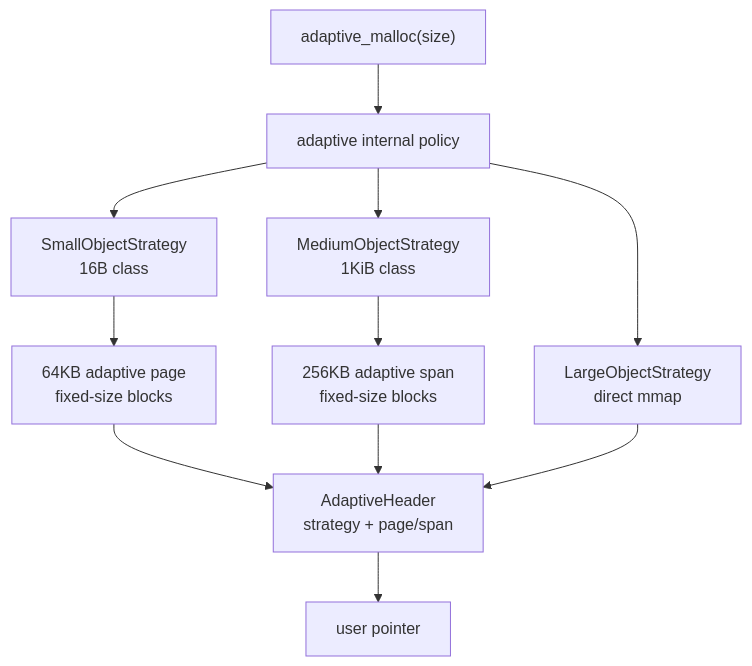
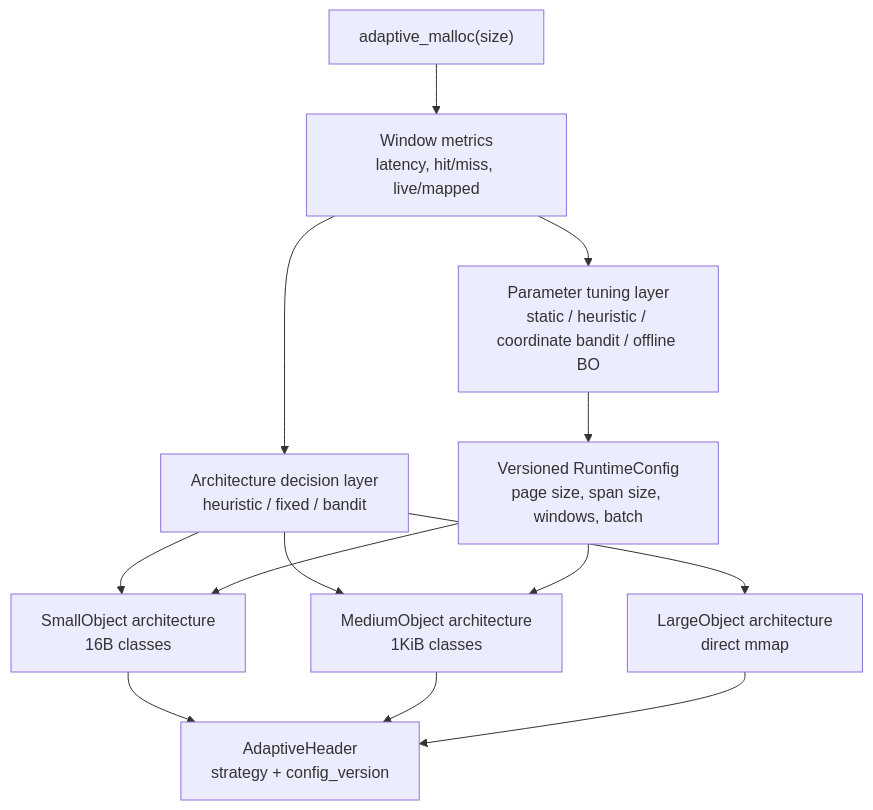
Before and after one commit to sdsasf/my_malloc: the first of 3 diagrams in docs/adaptive_allocator.md, drawn with Mermaid. The commit also changed other lines of this file and 7 other files, not shown here.

Commit message:
Add two-layer adaptive tuning

````diff
--- a/docs/adaptive_allocator.md
+++ b/docs/adaptive_allocator.md
@@ -42,17 +17,25 @@
 ```mermaid
 flowchart TB
     Req["adaptive_malloc(size)"]
-    Policy["adaptive internal policy"]
-    Small["SmallObjectStrategy<br/>16B class"]
-    Medium["MediumObjectStrategy<br/>1KiB class"]
-    Large["LargeObjectStrategy<br/>direct mmap"]
-    Page["64KB adaptive page<br/>fixed-size blocks"]
-    Span["256KB adaptive span<br/>fixed-size blocks"]
-    Header["AdaptiveHeader<br/>strategy + page/span"]
-    User["user pointer"]
+    Metrics["Window metrics<br/>latency, hit/miss, live/mapped"]
+    Arch["Architecture decision layer<br/>heuristic / fixed / bandit"]
+    Param["Parameter tuning layer<br/>static / heuristic / coordinate bandit / offline BO"]
+    Config["Versioned RuntimeConfig<br/>page size, span size, windows, batch"]
+    Small["SmallObject architecture<br/>16B classes"]
+    Medium["MediumObject architecture<br/>1KiB classes"]
+    Large["LargeObject architecture<br/>direct mmap"]
+    Header["AdaptiveHeader<br/>strategy + config_version"]
 
-    Req --> Policy
-    Policy --> Small --> Page --> Header --> User
-    Policy --> Medium --> Span --> Header
-    Policy --> Large --> Header
+    Req --> Metrics
+    Metrics --> Arch
+    Metrics --> Param
+    Param --> Config
+    Arch --> Small
+    Arch --> Medium
+    Arch --> Large
+    Config --> Small
+    Config --> Medium
+    Small --> Header
+    Medium --> Header
+    Large --> Header
 ```
````
